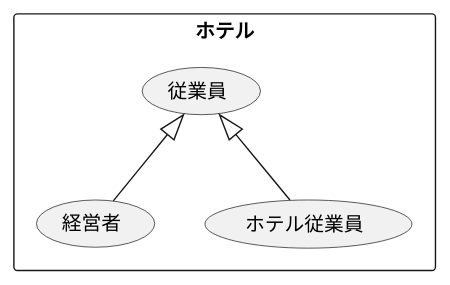
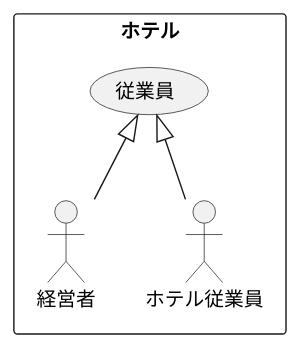
The diagram in 演習2-2_ホテル従業員.pu (Yamamoto0818/uml-intro), drawn with PlantUML before and after one commit.

Commit message:
課題

```diff
--- a/演習2-2_ホテル従業員.pu
+++ b/演習2-2_ホテル従業員.pu
@@ -1,9 +1,9 @@
 @startuml ユースケース図
 rectangle ホテル {
 usecase 従業員
-usecase 経営者
-usecase ホテル従業員
+actor 経営者
+actor ホテル従業員
 }
 従業員 <|--経営者
 従業員 <|--ホテル従業員
 @enduml
```
